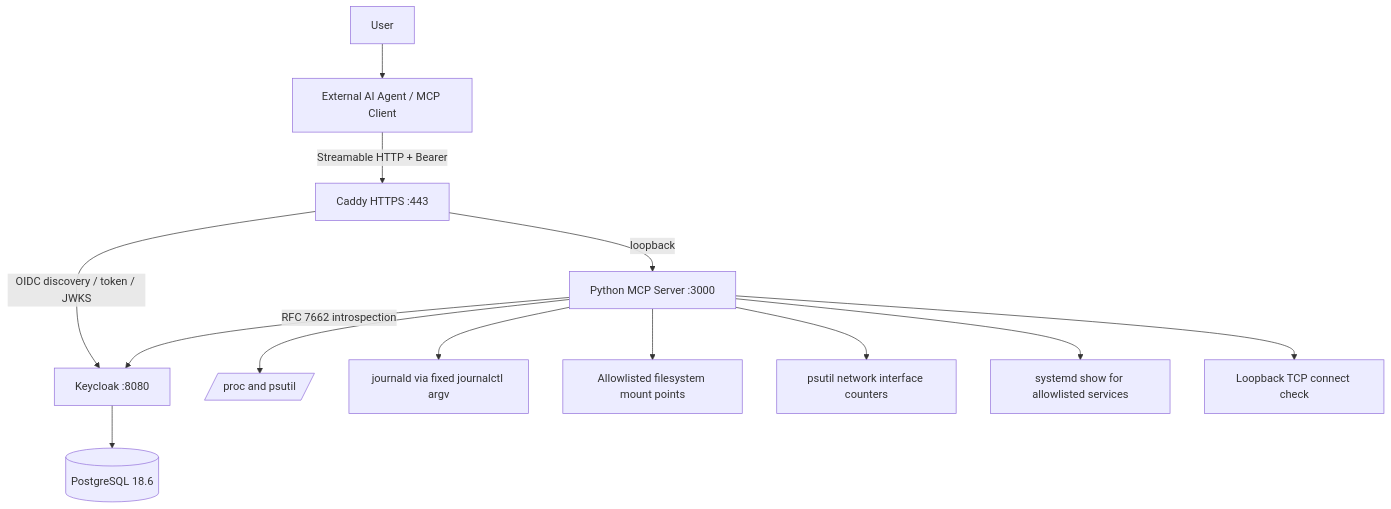
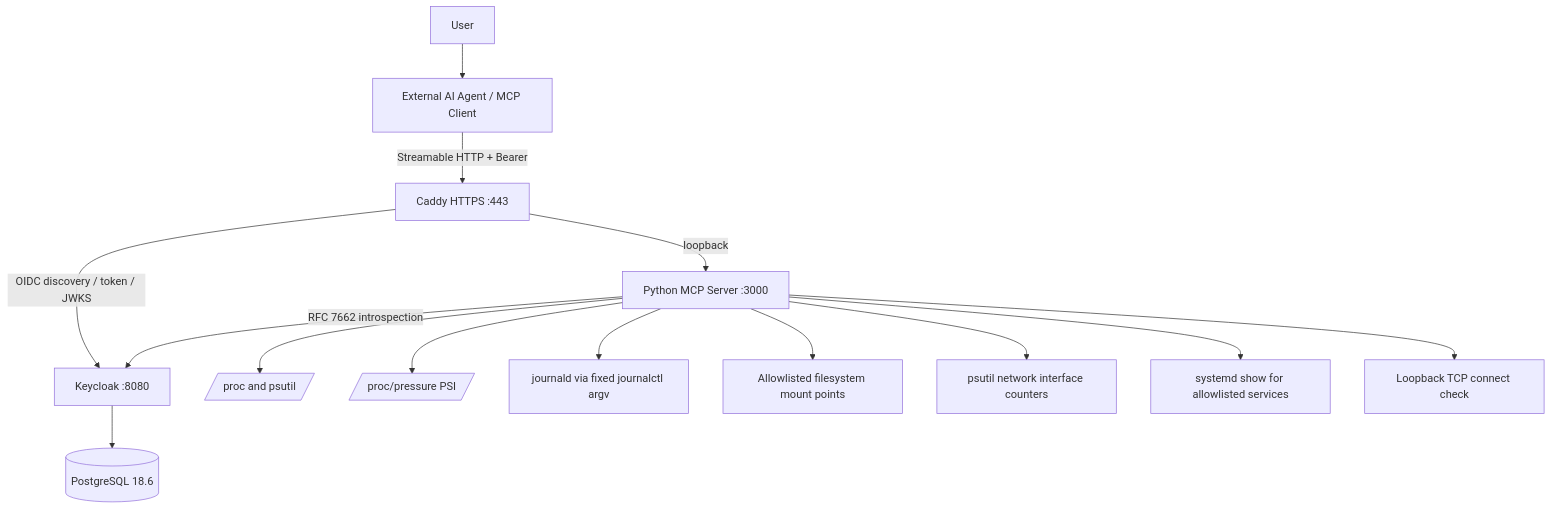
The diagram in docs/03_architecture_and_design.md (tuananh-developer/linux-mcp-agent-server), drawn with Mermaid before and after one commit. The commit also changed other lines of this file, not shown here.

Commit message:
docs(architecture): map new Linux telemetry layers

````diff
--- a/docs/03_architecture_and_design.md
+++ b/docs/03_architecture_and_design.md
@@ -5,15 +5,16 @@
 ```mermaid
 flowchart TB
   U[User] --> A[External AI Agent / MCP Client]
   A -->|Streamable HTTP + Bearer| C[Caddy HTTPS :443]
   C -->|loopback| M[Python MCP Server :3000]
   C -->|OIDC discovery / token / JWKS| K[Keycloak :8080]
   M -->|RFC 7662 introspection| K
   M --> P[/proc and psutil/]
+  M --> Q[/proc/pressure PSI/]
   M --> J[journald via fixed journalctl argv]
   M --> F[Allowlisted filesystem mount points]
   M --> N[psutil network interface counters]
   M --> S[systemd show for allowlisted services]
   M --> T[Loopback TCP connect check]
   K --> D[(PostgreSQL 18.6)]
 ```
````
